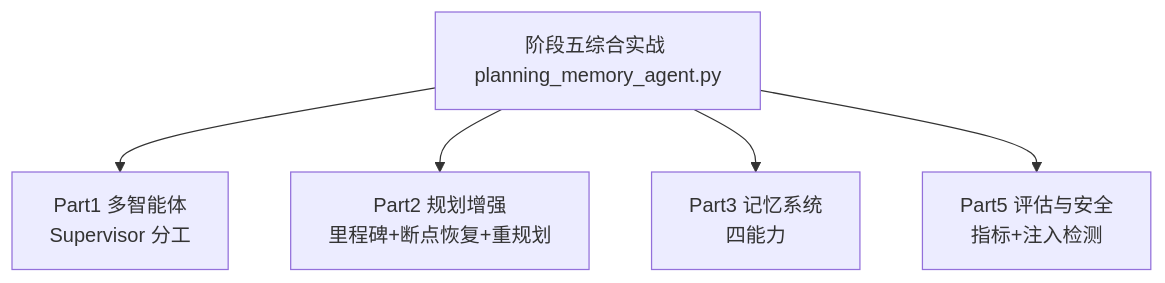
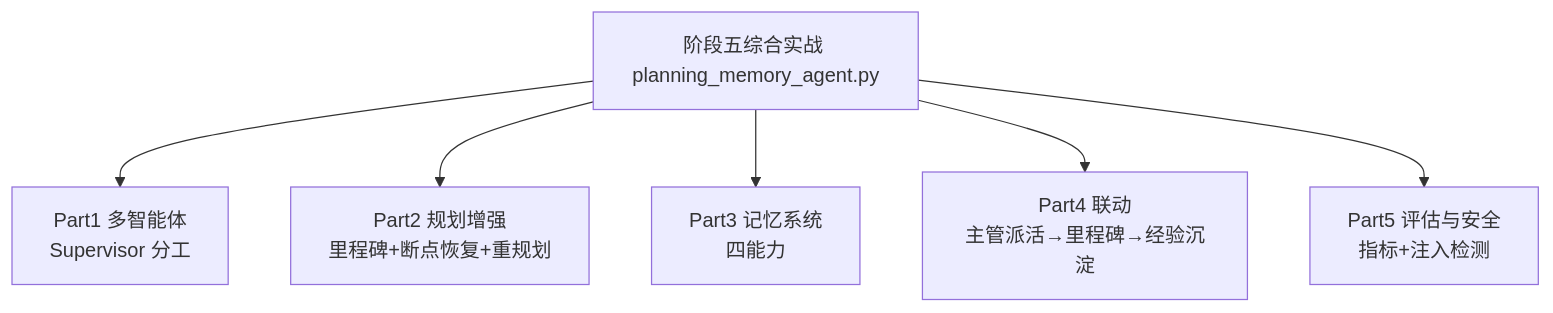
Before and after one commit to umlink/python-ai-agent: the diagram in docs/05-阶段五-进阶技术/06-阶段五综合实战-多智能体工作流Agent.md, drawn with Mermaid. The commit also changed other lines of this file and 32 other files, not shown here.

````diff
--- a/docs/05-阶段五-进阶技术/06-阶段五综合实战-多智能体工作流Agent.md
+++ b/docs/05-阶段五-进阶技术/06-阶段五综合实战-多智能体工作流Agent.md
@@ -10,7 +10,8 @@
 ```mermaid
 graph TD
     A["阶段五综合实战 planning_memory_agent.py"] --> B[Part1 多智能体<br/>Supervisor 分工]
     A --> C[Part2 规划增强<br/>里程碑+断点恢复+重规划]
     A --> D[Part3 记忆系统<br/>四能力]
+    A --> F[Part4 联动<br/>主管派活→里程碑→经验沉淀]
     A --> E[Part5 评估与安全<br/>指标+注入检测]
 ```
````
